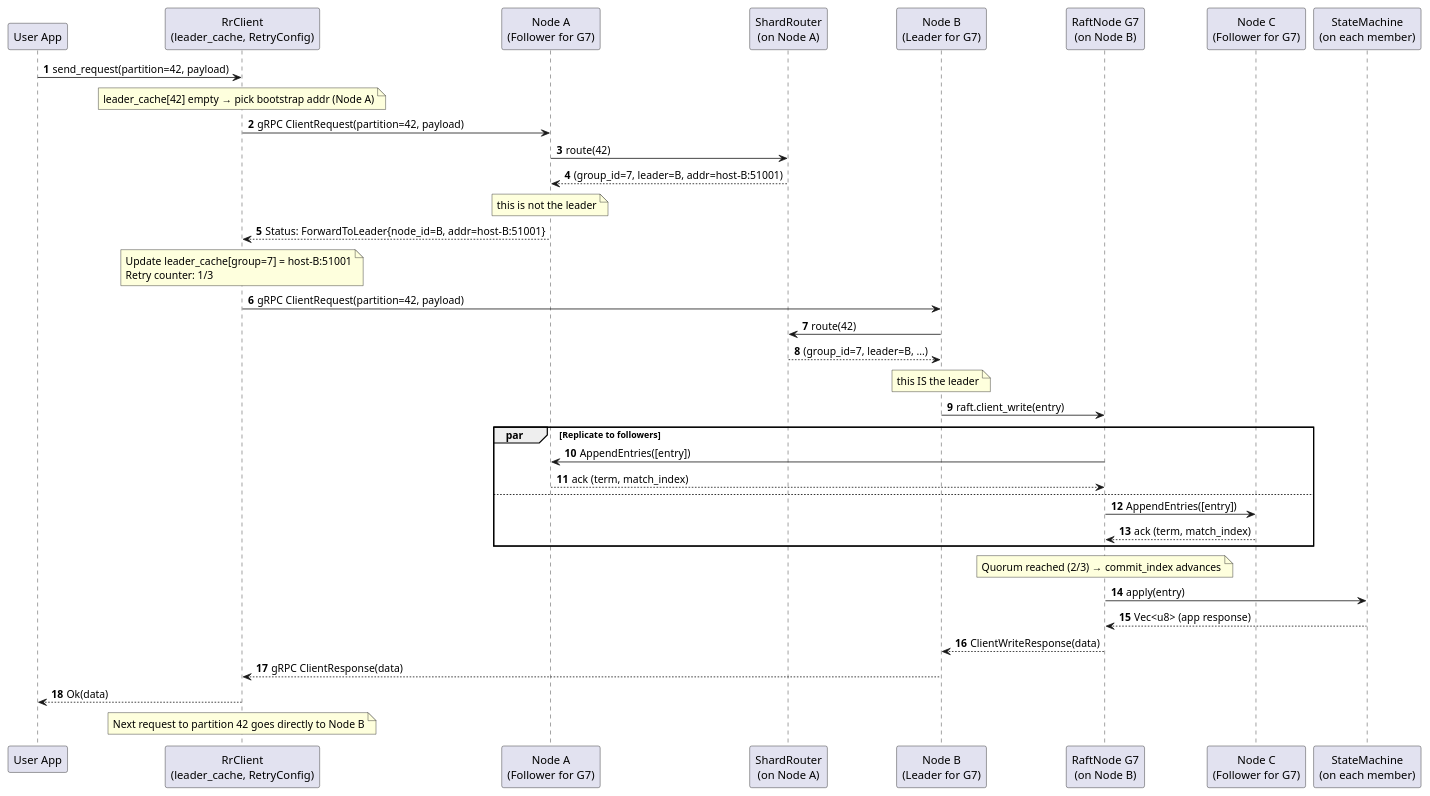
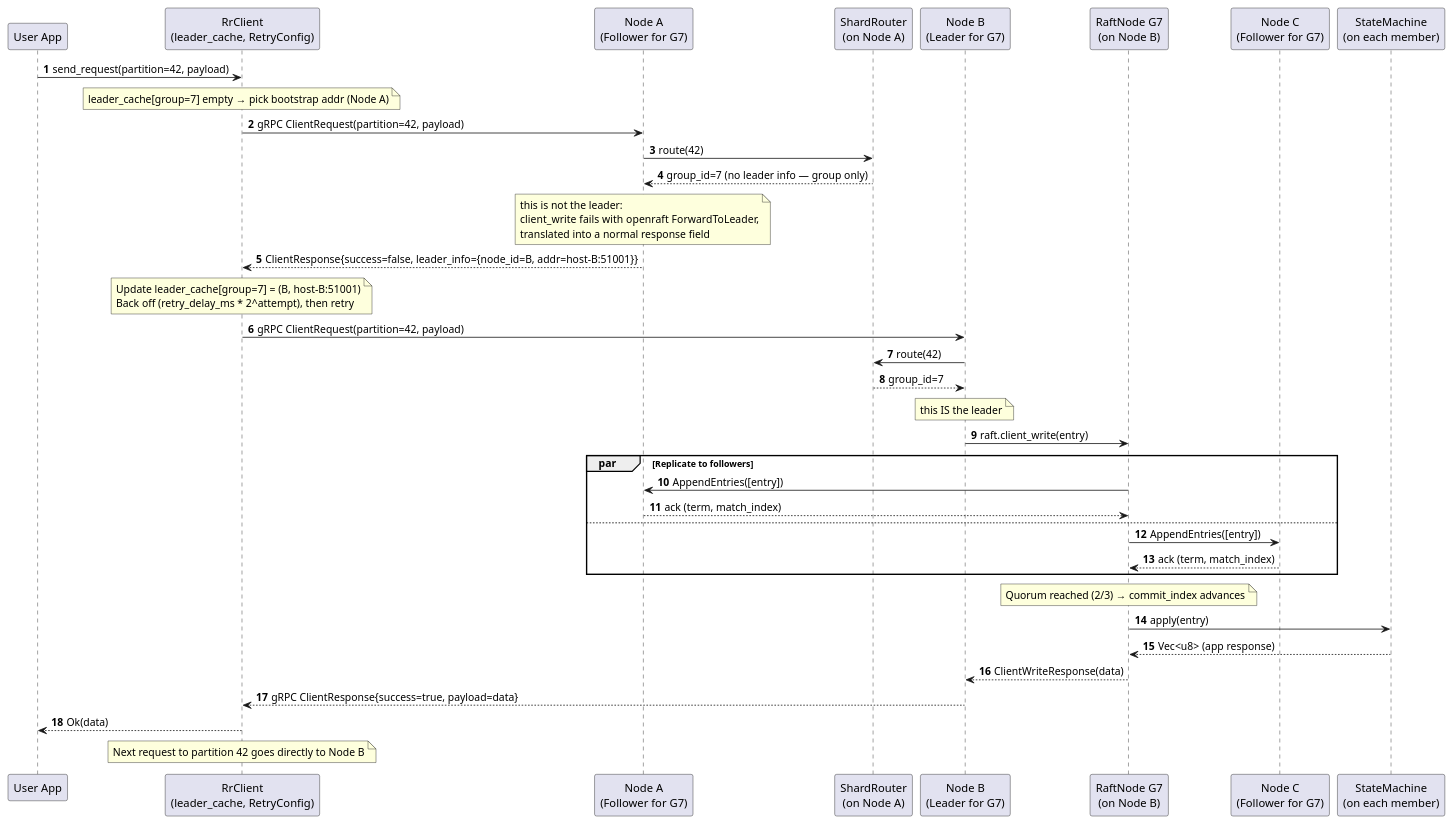
Before and after one commit to gardenias/rr: the second of 2 diagrams in docs/docs/architecture/c4/dynamic-put-request.md, drawn with PlantUML. The commit also changed other lines of this file and 18 other files, not shown here.

First line of the commit message:
docs(architecture): correct factual drift against current code

````diff
--- a/docs/docs/architecture/c4/dynamic-put-request.md
+++ b/docs/docs/architecture/c4/dynamic-put-request.md
@@ -53,52 +53,52 @@
 ```plantuml
 @startuml
 autonumber
 participant App as "User App"
 participant Client as "RrClient\n(leader_cache, RetryConfig)"
 participant NodeA as "Node A\n(Follower for G7)"
 participant Router as "ShardRouter\n(on Node A)"
 participant NodeB as "Node B\n(Leader for G7)"
 participant RaftB as "RaftNode G7\n(on Node B)"
 participant NodeC as "Node C\n(Follower for G7)"
 participant SM as "StateMachine\n(on each member)"
 
 App -> Client : send_request(partition=42, payload)
 
-note over Client : leader_cache[42] empty → pick bootstrap addr (Node A)
+note over Client : leader_cache[group=7] empty → pick bootstrap addr (Node A)
 
 Client -> NodeA : gRPC ClientRequest(partition=42, payload)
 NodeA -> Router : route(42)
-Router --> NodeA : (group_id=7, leader=B, addr=host-B:51001)
+Router --> NodeA : group_id=7 (no leader info — group only)
 
-note over NodeA : this is not the leader
-NodeA --> Client : Status: ForwardToLeader{node_id=B, addr=host-B:51001}
+note over NodeA : this is not the leader:\nclient_write fails with openraft ForwardToLeader,\ntranslated into a normal response field
+NodeA --> Client : ClientResponse{success=false, leader_info={node_id=B, addr=host-B:51001}}
 
-note over Client : Update leader_cache[group=7] = host-B:51001\nRetry counter: 1/3
+note over Client : Update leader_cache[group=7] = (B, host-B:51001)\nBack off (retry_delay_ms * 2^attempt), then retry
 
 Client -> NodeB : gRPC ClientRequest(partition=42, payload)
 NodeB -> Router : route(42)
-Router --> NodeB : (group_id=7, leader=B, ...)
+Router --> NodeB : group_id=7
 
 note over NodeB : this IS the leader
 NodeB -> RaftB : raft.client_write(entry)
 
 par Replicate to followers
   RaftB -> NodeA : AppendEntries([entry])
   NodeA --> RaftB : ack (term, match_index)
 else
   RaftB -> NodeC : AppendEntries([entry])
   NodeC --> RaftB : ack (term, match_index)
 end
 
 note over RaftB : Quorum reached (2/3) → commit_index advances
 
 RaftB -> SM : apply(entry)
 SM --> RaftB : Vec<u8> (app response)
 
 RaftB --> NodeB : ClientWriteResponse(data)
-NodeB --> Client : gRPC ClientResponse(data)
+NodeB --> Client : gRPC ClientResponse{success=true, payload=data}
 Client --> App : Ok(data)
 
 note over Client : Next request to partition 42 goes directly to Node B
 @enduml
 ```
````
